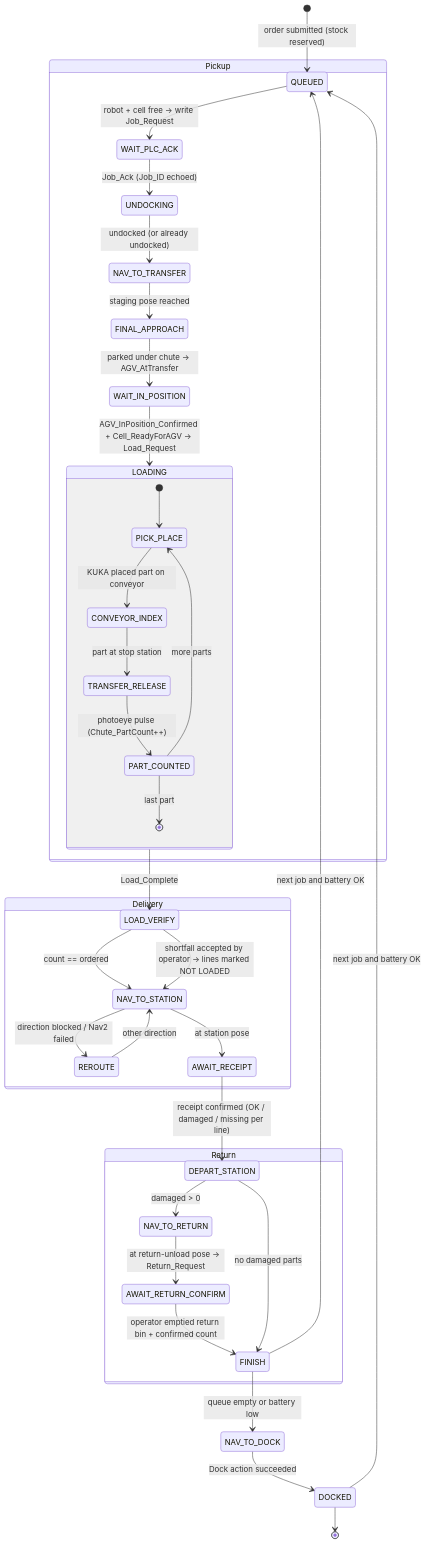
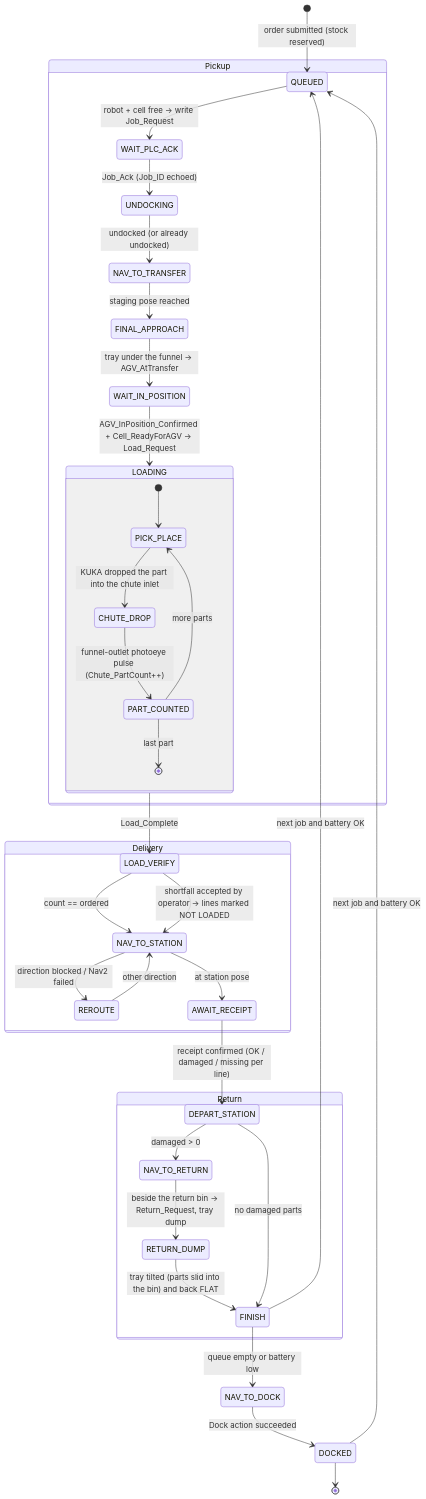
The first of 2 diagrams in docs/JOB_STATE_MACHINE.md (CDJ7/APEx-2.0), drawn with Mermaid before and after one commit. The commit also changed other lines of this file and 17 other files, not shown here.

First line of the commit message:
Docs: transfer + return design and the TurtleBot to-do list

````diff
--- a/docs/JOB_STATE_MACHINE.md
+++ b/docs/JOB_STATE_MACHINE.md
@@ -14,45 +15,44 @@
 ```mermaid
 stateDiagram-v2
     [*] --> QUEUED: order submitted (stock reserved)
 
     state Pickup {
         QUEUED --> WAIT_PLC_ACK: robot + cell free → write Job_Request
         WAIT_PLC_ACK --> UNDOCKING: Job_Ack (Job_ID echoed)
         UNDOCKING --> NAV_TO_TRANSFER: undocked (or already undocked)
         NAV_TO_TRANSFER --> FINAL_APPROACH: staging pose reached
-        FINAL_APPROACH --> WAIT_IN_POSITION: parked under chute → AGV_AtTransfer
+        FINAL_APPROACH --> WAIT_IN_POSITION: tray under the funnel → AGV_AtTransfer
         WAIT_IN_POSITION --> LOADING: AGV_InPosition_Confirmed + Cell_ReadyForAGV → Load_Request
         state LOADING {
             [*] --> PICK_PLACE
-            PICK_PLACE --> CONVEYOR_INDEX: KUKA placed part on conveyor
-            CONVEYOR_INDEX --> TRANSFER_RELEASE: part at stop station
-            TRANSFER_RELEASE --> PART_COUNTED: photoeye pulse (Chute_PartCount++)
+            PICK_PLACE --> CHUTE_DROP: KUKA dropped the part into the chute inlet
+            CHUTE_DROP --> PART_COUNTED: funnel-outlet photoeye pulse (Chute_PartCount++)
             PART_COUNTED --> PICK_PLACE: more parts
             PART_COUNTED --> [*]: last part
         }
         LOADING --> LOAD_VERIFY: Load_Complete
     }
 
     state Delivery {
         LOAD_VERIFY --> NAV_TO_STATION: count == ordered
         LOAD_VERIFY --> NAV_TO_STATION: shortfall accepted by operator → lines marked NOT LOADED
         NAV_TO_STATION --> REROUTE: direction blocked / Nav2 failed
         REROUTE --> NAV_TO_STATION: other direction
         NAV_TO_STATION --> AWAIT_RECEIPT: at station pose
         AWAIT_RECEIPT --> DEPART_STATION: receipt confirmed (OK / damaged / missing per line)
     }
 
     state Return {
         DEPART_STATION --> NAV_TO_RETURN: damaged > 0
-        NAV_TO_RETURN --> AWAIT_RETURN_CONFIRM: at return-unload pose → Return_Request
-        AWAIT_RETURN_CONFIRM --> FINISH: operator emptied return bin + confirmed count
+        NAV_TO_RETURN --> RETURN_DUMP: beside the return bin → Return_Request, tray dump
+        RETURN_DUMP --> FINISH: tray tilted (parts slid into the bin) and back FLAT
     }
 
     DEPART_STATION --> FINISH: no damaged parts
     FINISH --> QUEUED: next job and battery OK
     FINISH --> NAV_TO_DOCK: queue empty or battery low
     NAV_TO_DOCK --> DOCKED: Dock action succeeded
     DOCKED --> QUEUED: next job and battery OK
     DOCKED --> [*]
 
 ```
````
